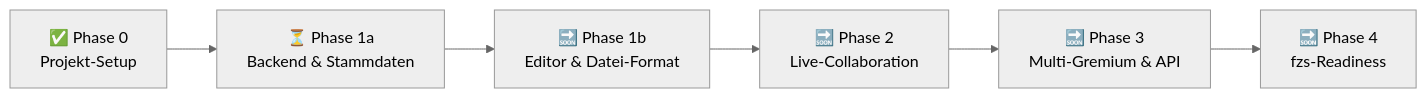
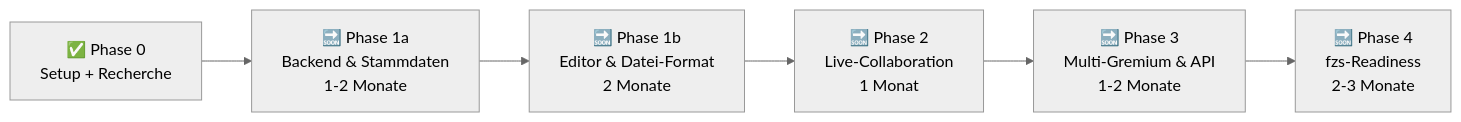
Before and after one commit to dergabriel/nextcloud-protokolle: the diagram in ROADMAP.md, drawn with Mermaid (neutral theme). The commit also changed other lines of this file and 1 other file, not shown here.

Commit message:
docs: adjust roadmap to reflect upstream reuse and shorter phases

````diff
--- a/ROADMAP.md
+++ b/ROADMAP.md
@@ -8,11 +8,11 @@
 ```mermaid
 flowchart LR
-    P0["✅ Phase 0<br/>Projekt-Setup"]
-    P1A["⏳ Phase 1a<br/>Backend & Stammdaten"]
-    P1B["🔜 Phase 1b<br/>Editor & Datei-Format"]
-    P2["🔜 Phase 2<br/>Live-Collaboration"]
-    P3["🔜 Phase 3<br/>Multi-Gremium & API"]
-    P4["🔜 Phase 4<br/>fzs-Readiness"]
+    P0["✅ Phase 0<br/>Setup + Recherche"]
+    P1A["🔜 Phase 1a<br/>Backend & Stammdaten<br/>1-2 Monate"]
+    P1B["🔜 Phase 1b<br/>Editor & Datei-Format<br/>2 Monate"]
+    P2["🔜 Phase 2<br/>Live-Collaboration<br/>1 Monat"]
+    P3["🔜 Phase 3<br/>Multi-Gremium & API<br/>1-2 Monate"]
+    P4["🔜 Phase 4<br/>fzs-Readiness<br/>2-3 Monate"]
 
     P0 --> P1A --> P1B --> P2 --> P3 --> P4
 ```
````
